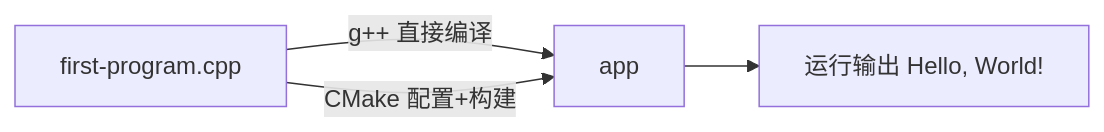
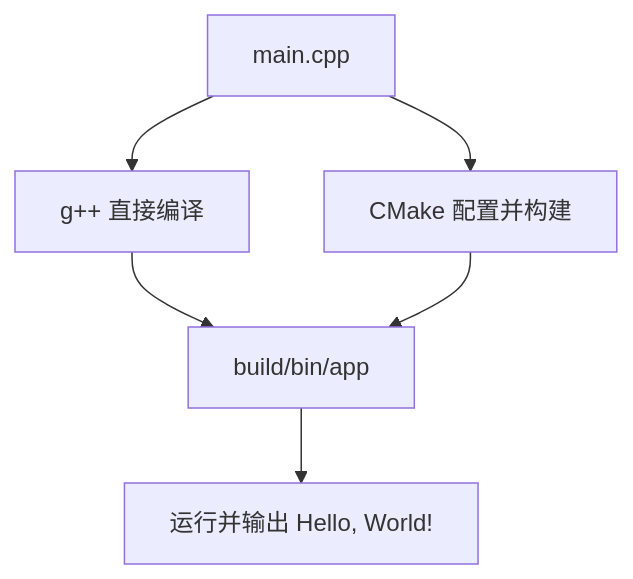
Before and after one commit to chengzhao-dev/cpp-notes: the diagram in content/getting-started/first-program.qmd, drawn with Mermaid. The commit also changed other lines of this file and 71 other files, not shown here.

````diff
--- a/content/getting-started/first-program.qmd
+++ b/content/getting-started/first-program.qmd
@@ -15,6 +17,8 @@
 ```{mermaid}
-flowchart LR
-  A[first-program.cpp] -->|g++ 直接编译| B[app]
-  A -->|CMake 配置+构建| B
-  B --> C[运行输出 Hello, World!]
+flowchart TD
+  A[main.cpp] --> B[g++ 直接编译]
+  A --> C[CMake 配置并构建]
+  B --> D[build/bin/app]
+  C --> D
+  D --> E[运行并输出 Hello, World!]
 ```
````
